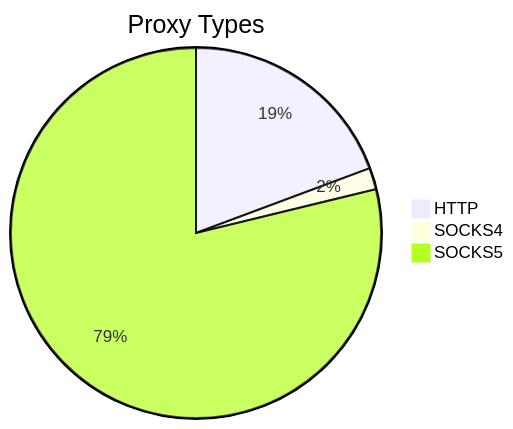
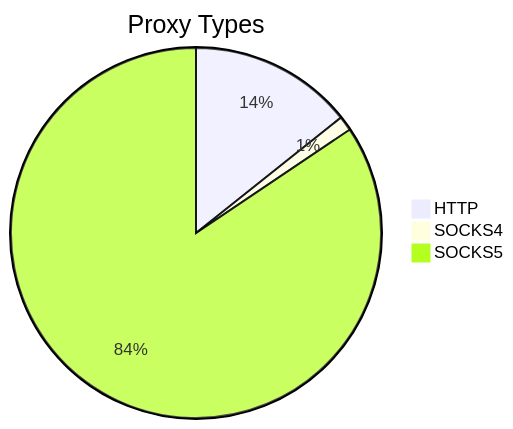
Before and after one commit to stormsia/proxy-list: the first of 2 diagrams in README.md, drawn with Mermaid. The commit also changed other lines of this file, not shown here.

````diff
--- a/README.md
+++ b/README.md
@@ -21,6 +21,6 @@
 ```mermaid
 pie title Proxy Types
-    "HTTP" : 278
-    "SOCKS4" : 27
-    "SOCKS5" : 1134
+    "HTTP" : 256
+    "SOCKS4" : 23
+    "SOCKS5" : 1512
 ```
````
